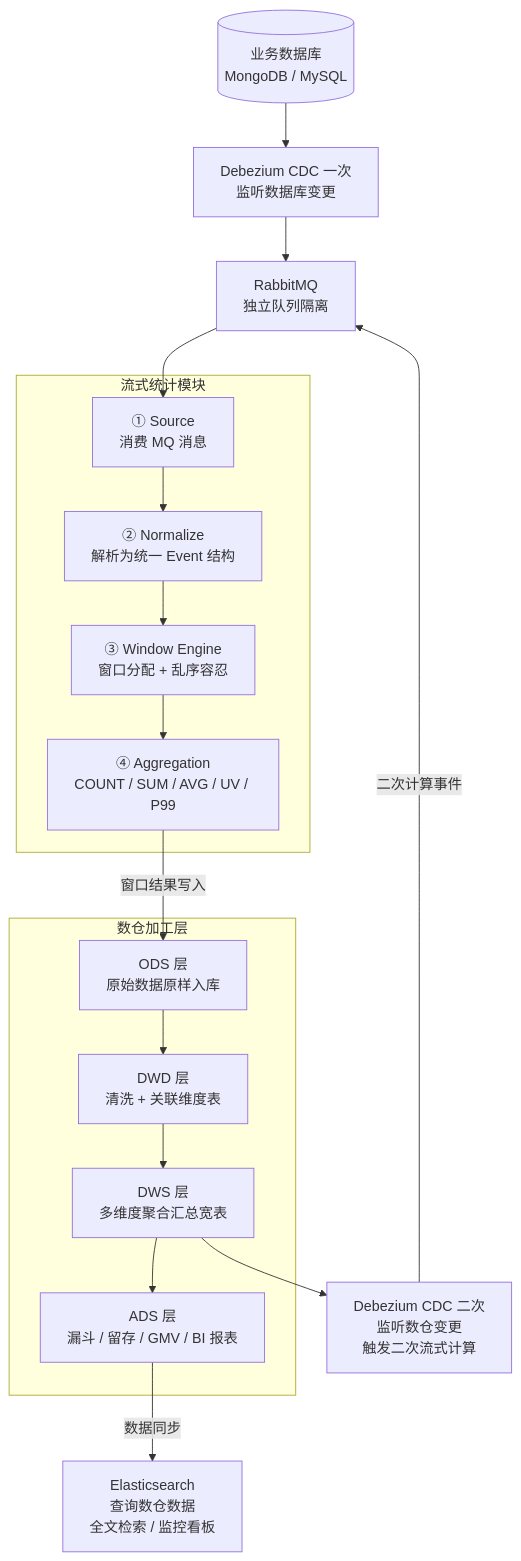
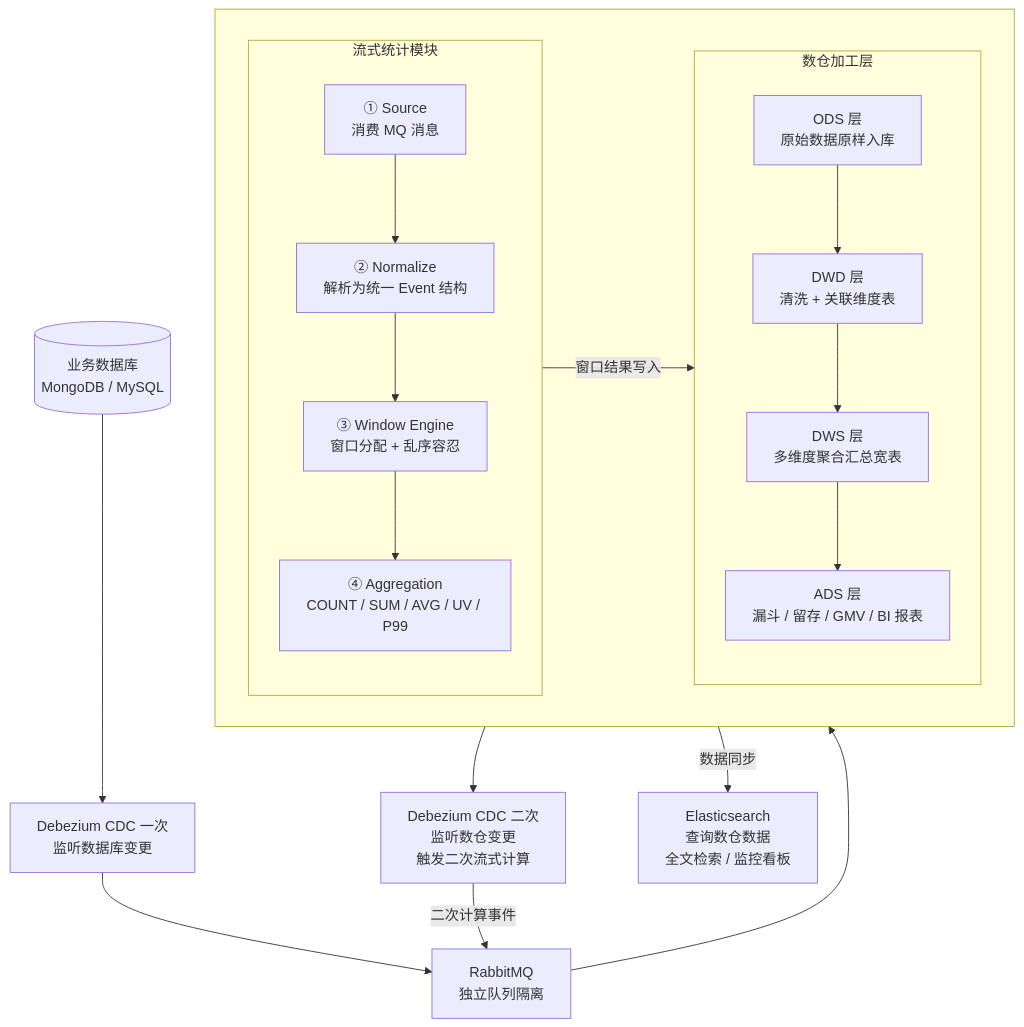
The first of 3 diagrams in stream-stats-design.md (EthanScriptOn/strea-doc), drawn with Mermaid before and after one commit. The commit also changed 1 other file, not shown here.

Commit message:
use wrapper subgraph LR to place stream and DW side by side

````diff
--- a/stream-stats-design.md
+++ b/stream-stats-design.md
@@ -9,30 +9,36 @@
 ```mermaid
 flowchart TB
     DB[("业务数据库<br/>MongoDB / MySQL")]
     DBZ1["Debezium CDC 一次<br/>监听数据库变更"]
     MQ["RabbitMQ<br/>独立队列隔离"]
     DBZ2["Debezium CDC 二次<br/>监听数仓变更<br/>触发二次流式计算"]
     ES["Elasticsearch<br/>查询数仓数据<br/>全文检索 / 监控看板"]
 
-    subgraph STREAM["流式统计模块"]
-        A["① Source<br/>消费 MQ 消息"]
-        B["② Normalize<br/>解析为统一 Event 结构"]
-        C["③ Window Engine<br/>窗口分配 + 乱序容忍"]
-        D["④ Aggregation<br/>COUNT / SUM / AVG / UV / P99"]
-        A --> B --> C --> D
+    DB --> DBZ1 --> MQ
+
+    subgraph MAIN[" "]
+        direction LR
+        subgraph STREAM["流式统计模块"]
+            direction TB
+            A["① Source<br/>消费 MQ 消息"]
+            B["② Normalize<br/>解析为统一 Event 结构"]
+            C["③ Window Engine<br/>窗口分配 + 乱序容忍"]
+            D["④ Aggregation<br/>COUNT / SUM / AVG / UV / P99"]
+            A --> B --> C --> D
+        end
+        subgraph DW["数仓加工层"]
+            direction TB
+            ODS["ODS 层<br/>原始数据原样入库"]
+            DWD["DWD 层<br/>清洗 + 关联维度表"]
+            DWS["DWS 层<br/>多维度聚合汇总宽表"]
+            ADS["ADS 层<br/>漏斗 / 留存 / GMV / BI 报表"]
+            ODS --> DWD --> DWS --> ADS
+        end
     end
 
-    subgraph DW["数仓加工层"]
-        ODS["ODS 层<br/>原始数据原样入库"]
-        DWD["DWD 层<br/>清洗 + 关联维度表"]
-        DWS["DWS 层<br/>多维度聚合汇总宽表"]
-        ADS["ADS 层<br/>漏斗 / 留存 / GMV / BI 报表"]
-        ODS --> DWD --> DWS --> ADS
-    end
-
-    DB --> DBZ1 --> MQ --> A
+    MQ --> A
     D -- "窗口结果写入" --> ODS
     ADS -- "数据同步" --> ES
     DWS --> DBZ2
     DBZ2 -- "二次计算事件" --> MQ
 ```
````
